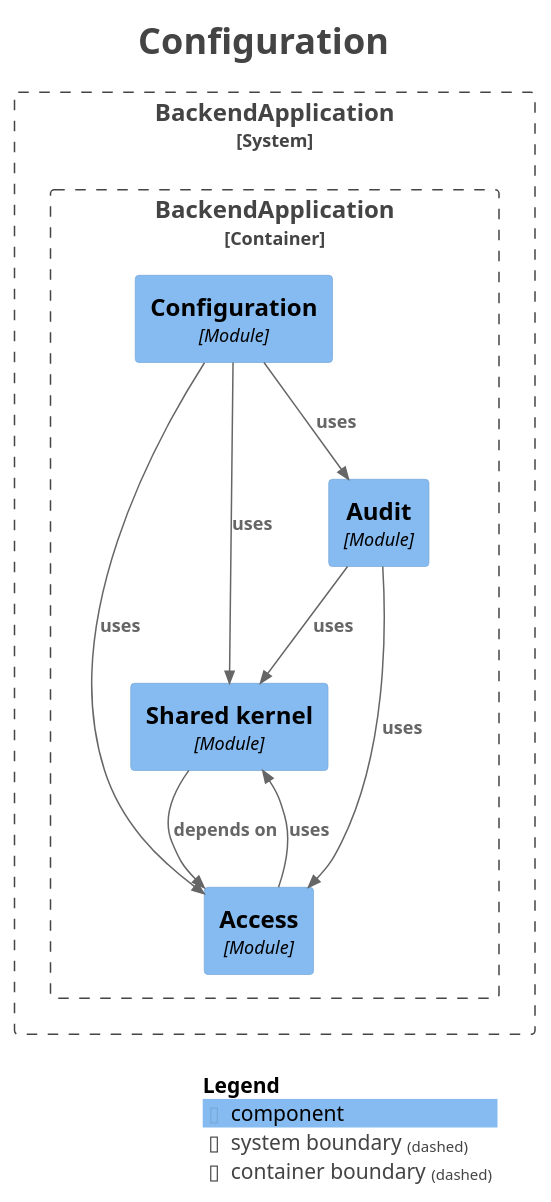
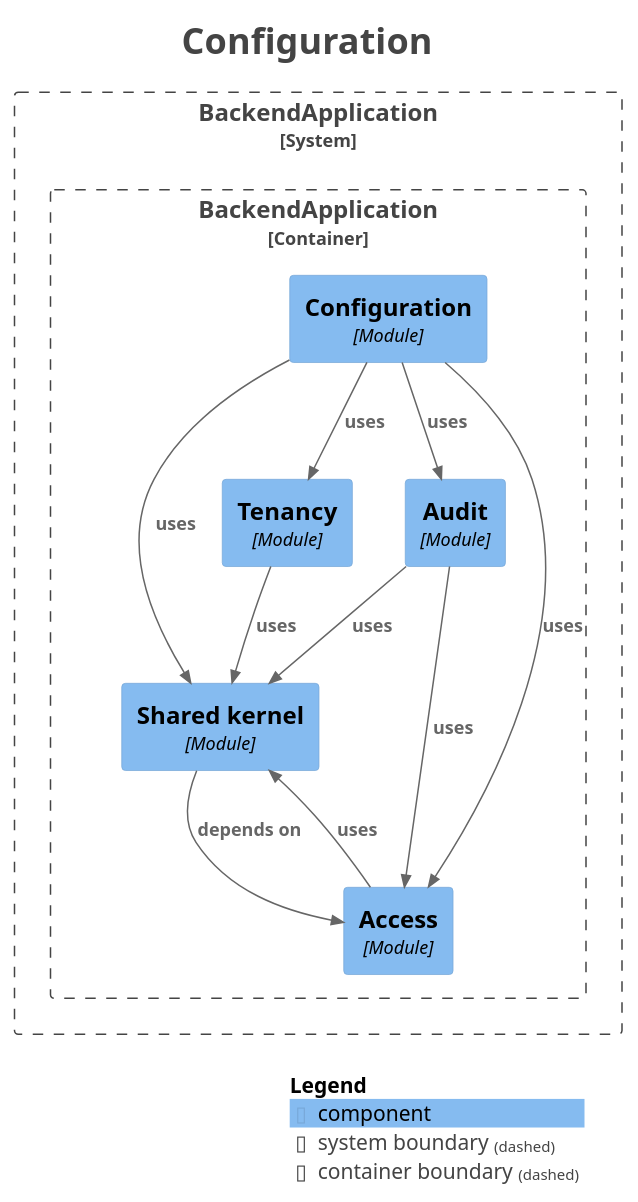
The diagram in docs/architecture/modules/module-config.puml (fxavier/restaurantePRO), drawn with PlantUML before and after one commit. The commit also changed 34 other files, not shown here.

```diff
--- a/docs/architecture/modules/module-config.puml
+++ b/docs/architecture/modules/module-config.puml
@@ -1,38 +1,41 @@
 @startuml
 title <size:24>Configuration</size>
 
 set separator none
 top to bottom direction
 
 <style>
   root {
     BackgroundColor: #ffffff
     FontColor: #444444
   }
 </style>
 
 !include <C4/C4>
 !include <C4/C4_Context>
 !include <C4/C4_Component>
 
 System_Boundary("BackendApplication_boundary", "BackendApplication", $tags="") {
   Container_Boundary("BackendApplication.BackendApplication_boundary", "BackendApplication", $tags="") {
     Component(BackendApplication.BackendApplication.Sharedkernel, "Shared kernel", $techn="Module", $descr="", $tags="", $link="")
+    Component(BackendApplication.BackendApplication.Tenancy, "Tenancy", $techn="Module", $descr="", $tags="", $link="")
     Component(BackendApplication.BackendApplication.Access, "Access", $techn="Module", $descr="", $tags="", $link="")
     Component(BackendApplication.BackendApplication.Audit, "Audit", $techn="Module", $descr="", $tags="", $link="")
     Component(BackendApplication.BackendApplication.Configuration, "Configuration", $techn="Module", $descr="", $tags="", $link="")
   }
 
 }
 
-Rel(BackendApplication.BackendApplication.Sharedkernel, BackendApplication.BackendApplication.Access, "depends on", $techn="", $tags="", $link="")
+Rel(BackendApplication.BackendApplication.Audit, BackendApplication.BackendApplication.Access, "uses", $techn="", $tags="", $link="")
+Rel(BackendApplication.BackendApplication.Audit, BackendApplication.BackendApplication.Sharedkernel, "uses", $techn="", $tags="", $link="")
 Rel(BackendApplication.BackendApplication.Configuration, BackendApplication.BackendApplication.Access, "uses", $techn="", $tags="", $link="")
 Rel(BackendApplication.BackendApplication.Configuration, BackendApplication.BackendApplication.Sharedkernel, "uses", $techn="", $tags="", $link="")
 Rel(BackendApplication.BackendApplication.Configuration, BackendApplication.BackendApplication.Audit, "uses", $techn="", $tags="", $link="")
+Rel(BackendApplication.BackendApplication.Configuration, BackendApplication.BackendApplication.Tenancy, "uses", $techn="", $tags="", $link="")
 Rel(BackendApplication.BackendApplication.Access, BackendApplication.BackendApplication.Sharedkernel, "uses", $techn="", $tags="", $link="")
-Rel(BackendApplication.BackendApplication.Audit, BackendApplication.BackendApplication.Access, "uses", $techn="", $tags="", $link="")
-Rel(BackendApplication.BackendApplication.Audit, BackendApplication.BackendApplication.Sharedkernel, "uses", $techn="", $tags="", $link="")
+Rel(BackendApplication.BackendApplication.Sharedkernel, BackendApplication.BackendApplication.Access, "depends on", $techn="", $tags="", $link="")
+Rel(BackendApplication.BackendApplication.Tenancy, BackendApplication.BackendApplication.Sharedkernel, "uses", $techn="", $tags="", $link="")
 
 SHOW_LEGEND(true)
 hide stereotypes
 @enduml
```
